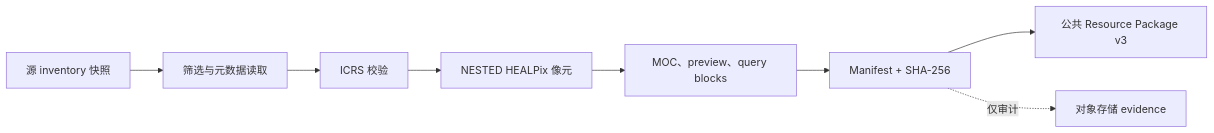
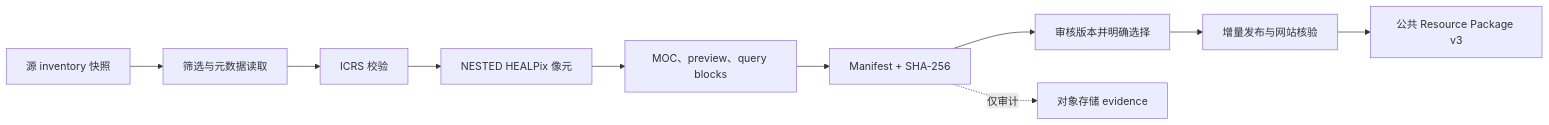
One commit to Astro-Survey-Atlas/Assets changed the second of 2 diagrams in README.cn.md. Above: the diagram before and after it, drawn with Mermaid. The commit also changed other lines of this file and 6 other files, not shown here.

````diff
--- a/README.cn.md
+++ b/README.cn.md
@@ -33,10 +47,12 @@
 ```mermaid
 flowchart LR
   S[源 inventory 快照] --> F[筛选与元数据读取]
   F --> I[ICRS 校验]
   I --> H[NESTED HEALPix 像元]
   H --> M[MOC、preview、query blocks]
   M --> P[Manifest + SHA-256]
-  P --> R[公共 Resource Package v3]
+  P --> V[审核版本并明确选择]
+  V --> C[增量发布与网站核验]
+  C --> R[公共 Resource Package v3]
   P -. 仅审计 .-> E[对象存储 evidence]
 ```
````
